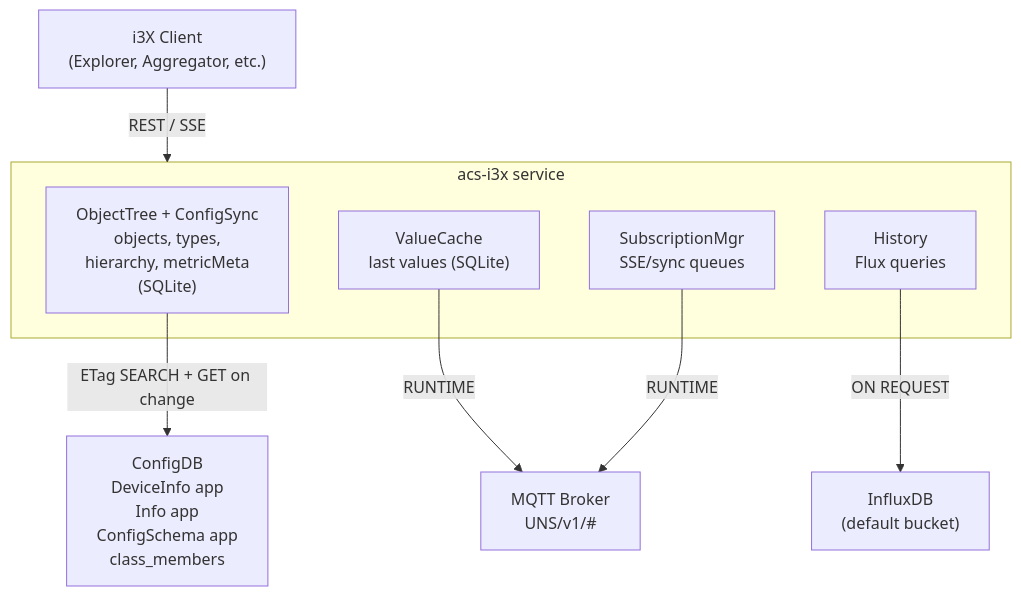
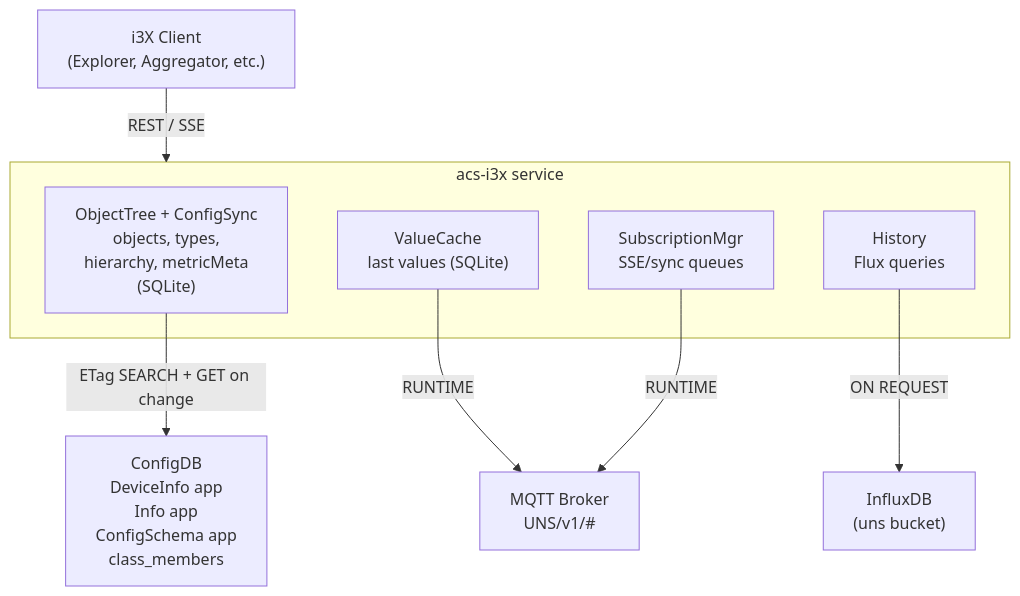
Before and after one commit to AMRC-FactoryPlus/amrc-connectivity-stack: the first of 5 diagrams in acs-i3x/docs/architecture.md, drawn with Mermaid. The commit also changed other lines of this file and 2 other files, not shown here.

First line of the commit message:
Docs: i3X serves the UNS, and the upgrade it needs

````diff
--- a/acs-i3x/docs/architecture.md
+++ b/acs-i3x/docs/architecture.md
@@ -5,21 +5,21 @@
 ```mermaid
 graph TB
     Client["i3X Client<br/>(Explorer, Aggregator, etc.)"]
     
     subgraph acs-i3x["acs-i3x service"]
         OT["ObjectTree + ConfigSync<br/>objects, types,<br/>hierarchy, metricMeta<br/>(SQLite)"]
         VC["ValueCache<br/>last values (SQLite)"]
         HI["History<br/>Flux queries"]
         SM["SubscriptionMgr<br/>SSE/sync queues"]
     end
     
     ConfigDB["ConfigDB<br/>DeviceInfo app<br/>Info app<br/>ConfigSchema app<br/>class_members"]
     MQTT["MQTT Broker<br/>UNS/v1/#"]
-    InfluxDB["InfluxDB<br/>(default bucket)"]
+    InfluxDB["InfluxDB<br/>(uns bucket)"]
     
     Client -->|"REST / SSE"| acs-i3x
     OT -->|"ETag SEARCH + GET on change"| ConfigDB
     VC -->|"RUNTIME"| MQTT
     HI -->|"ON REQUEST"| InfluxDB
     SM -->|"RUNTIME"| MQTT
 ```
````
